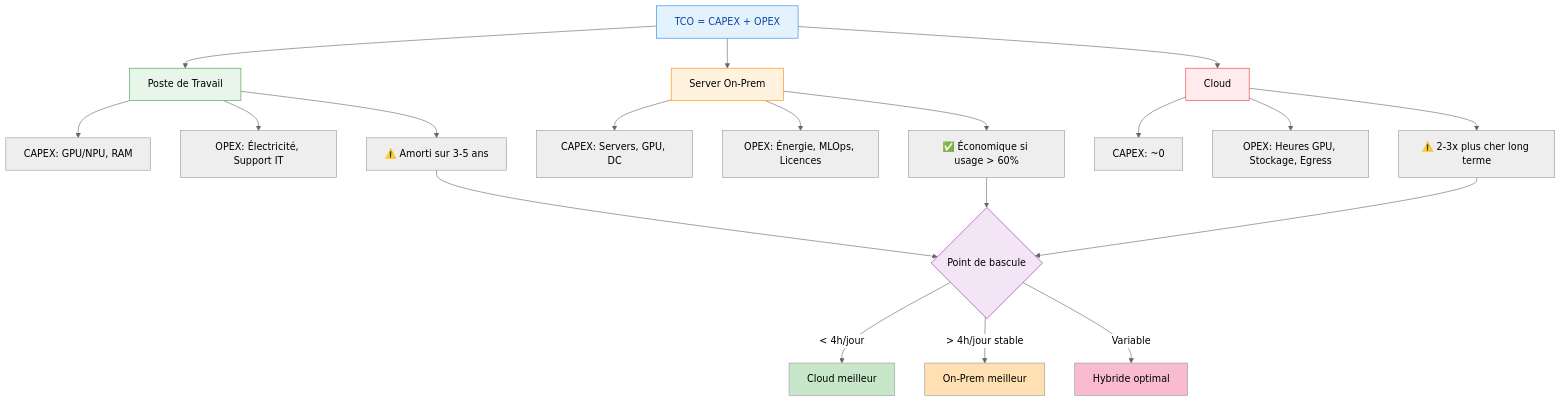
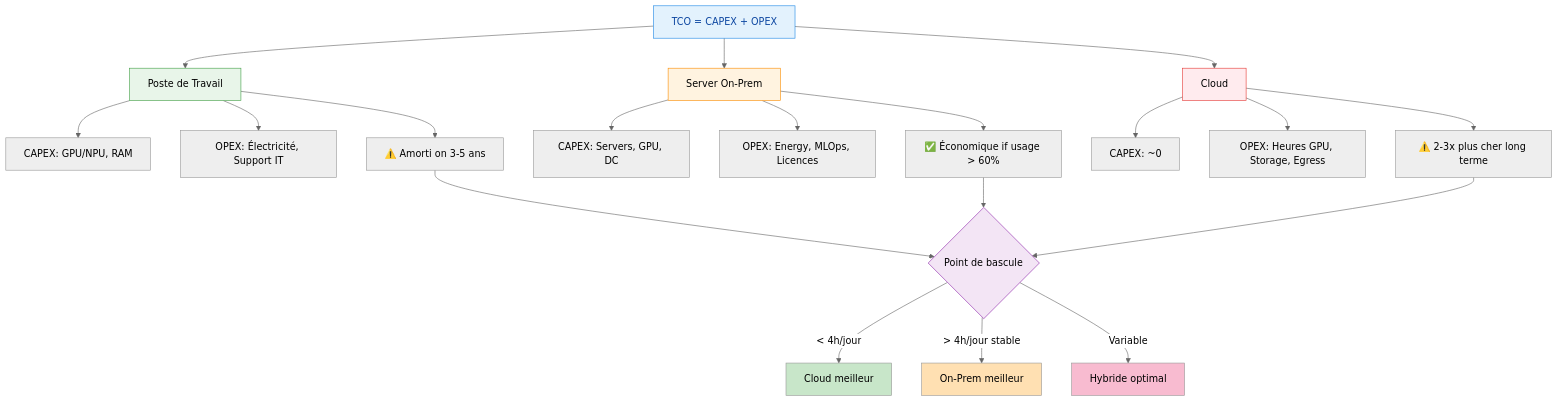
Before and after one commit to brunseba/ai-tech-watch: the diagram in docs/cost-economics/tco-analysis.md, drawn with Mermaid (neutral theme). The commit also changed other lines of this file and 24 other files, not shown here.

````diff
--- a/docs/cost-economics/tco-analysis.md
+++ b/docs/cost-economics/tco-analysis.md
@@ -14,35 +14,35 @@
 ```mermaid
 graph TD
     A[TCO = CAPEX + OPEX] --> B[Poste de Travail]
     A --> C[Server On-Prem]
     A --> D[Cloud]
     
     B --> B1[CAPEX: GPU/NPU, RAM]
     B --> B2[OPEX: Électricité, Support IT]
-    B --> B3[⚠️ Amorti sur 3-5 ans]
+    B --> B3[⚠️ Amorti on 3-5 ans]
     
     C --> C1[CAPEX: Servers, GPU, DC]
-    C --> C2[OPEX: Énergie, MLOps, Licences]
-    C --> C3[✅ Économique si usage > 60%]
+    C --> C2[OPEX: Energy, MLOps, Licences]
+    C --> C3[✅ Économique if usage > 60%]
     
     D --> D1[CAPEX: ~0]
-    D --> D2[OPEX: Heures GPU, Stockage, Egress]
+    D --> D2[OPEX: Heures GPU, Storage, Egress]
     D --> D3[⚠️ 2-3x plus cher long terme]
     
     B3 --> E{Point de bascule}
     C3 --> E
     D3 --> E
     
     E -->|< 4h/jour| F[Cloud meilleur]
     E -->|> 4h/jour stable| G[On-Prem meilleur]
     E -->|Variable| H[Hybride optimal]
     
     style A fill:#e3f2fd,stroke:#1e88e5,color:#0d47a1
     style B fill:#e8f5e9,stroke:#43a047
     style C fill:#fff3e0,stroke:#fb8c00
     style D fill:#ffebee,stroke:#e53935
     style E fill:#f3e5f5,stroke:#8e24aa
     style F fill:#c8e6c9
     style G fill:#ffe0b2
     style H fill:#f8bbd0
 ```
````
